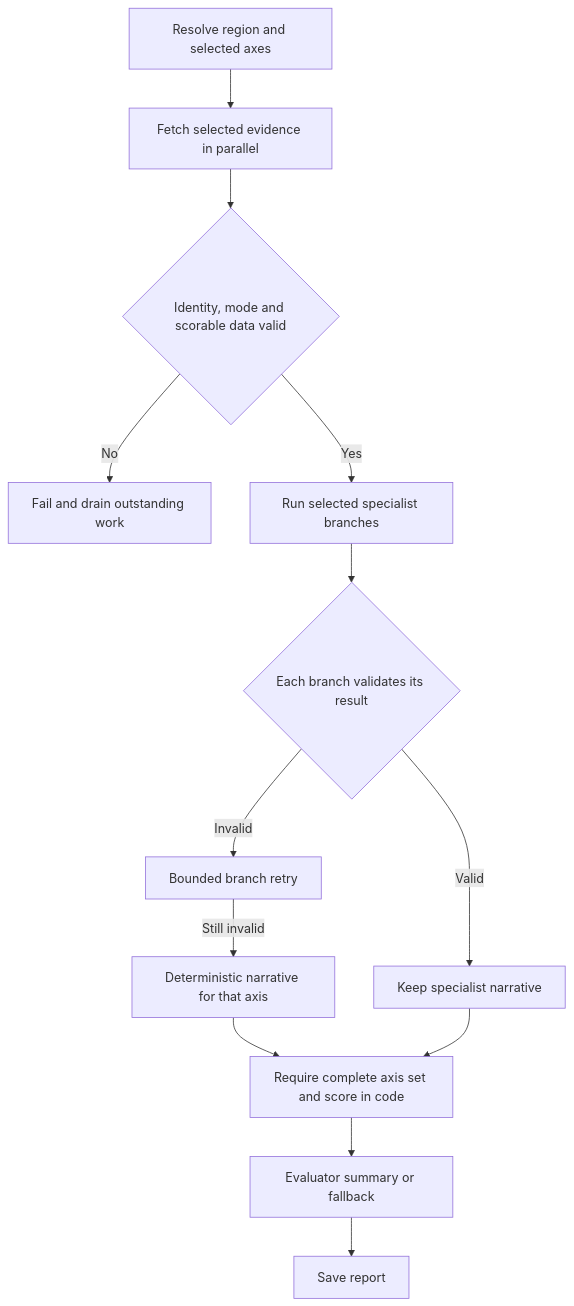
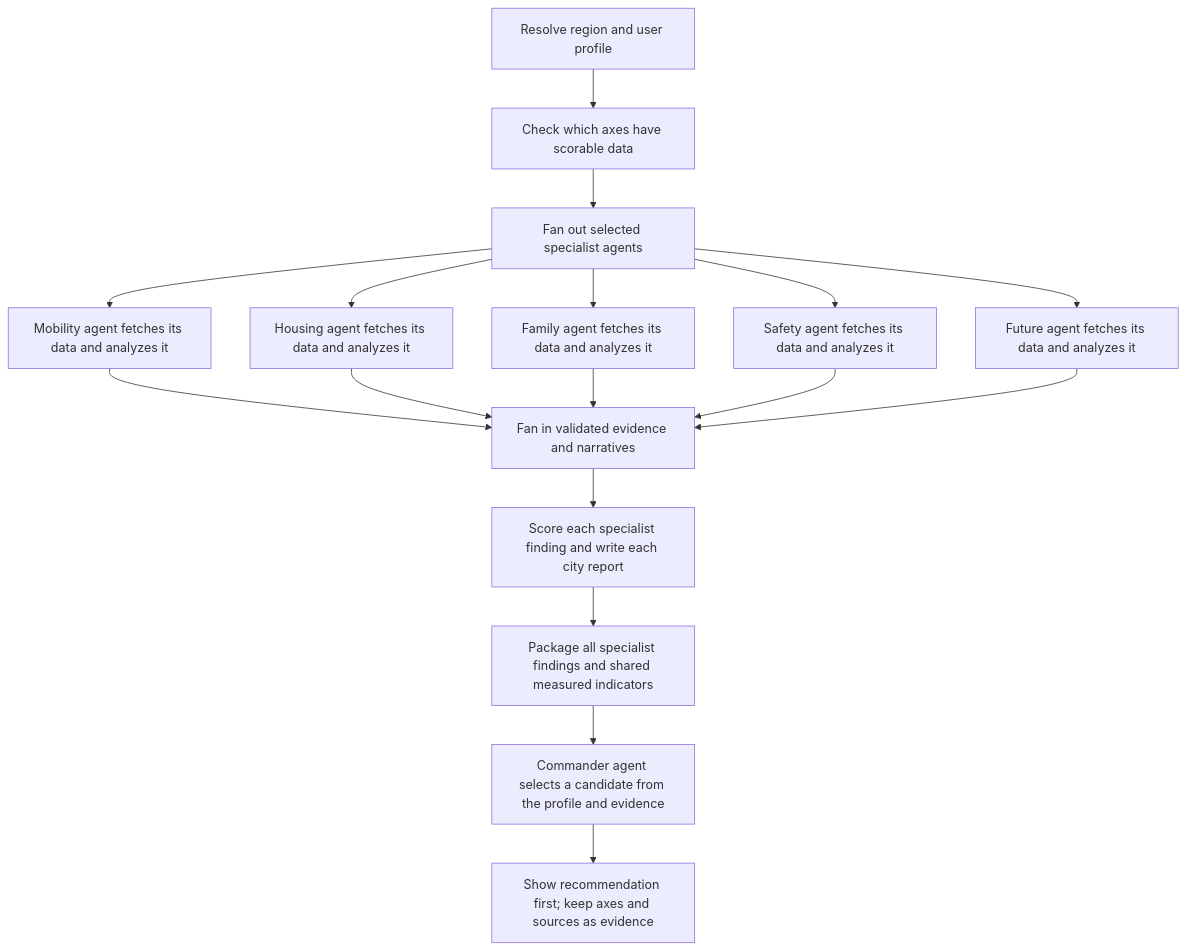
The diagram in docs/workflows.md (nekoDecember/livability-agent-demo), drawn with Mermaid before and after one commit. The commit also changed other lines of this file and 67 other files, not shown here.

````diff
--- a/docs/workflows.md
+++ b/docs/workflows.md
@@ -6,15 +3,19 @@
 ```mermaid
 flowchart TD
-    A[Resolve region and selected axes] --> B[Fetch selected evidence in parallel]
-    B --> C{Identity, mode and scorable data valid}
-    C -->|No| X[Fail and drain outstanding work]
-    C -->|Yes| D[Run selected specialist branches]
-    D --> E{Each branch validates its result}
-    E -->|Invalid| R[Bounded branch retry]
-    R -->|Still invalid| F[Deterministic narrative for that axis]
-    E -->|Valid| G[Keep specialist narrative]
-    F --> H[Require complete axis set and score in code]
-    G --> H
-    H --> I[Evaluator summary or fallback]
-    I --> J[Save report]
+    A[Resolve region and user profile] --> B[Check which axes have scorable data]
+    B --> C[Fan out selected specialist agents]
+    C --> D1[Mobility agent fetches its data and analyzes it]
+    C --> D2[Housing agent fetches its data and analyzes it]
+    C --> D3[Family agent fetches its data and analyzes it]
+    C --> D4[Safety agent fetches its data and analyzes it]
+    C --> D5[Future agent fetches its data and analyzes it]
+    D1 --> E[Fan in validated evidence and narratives]
+    D2 --> E
+    D3 --> E
+    D4 --> E
+    D5 --> E
+    E --> F[Score each specialist finding and write each city report]
+    F --> G[Package all specialist findings and shared measured indicators]
+    G --> H[Commander agent selects a candidate from the profile and evidence]
+    H --> I[Show recommendation first; keep axes and sources as evidence]
 ```
````
